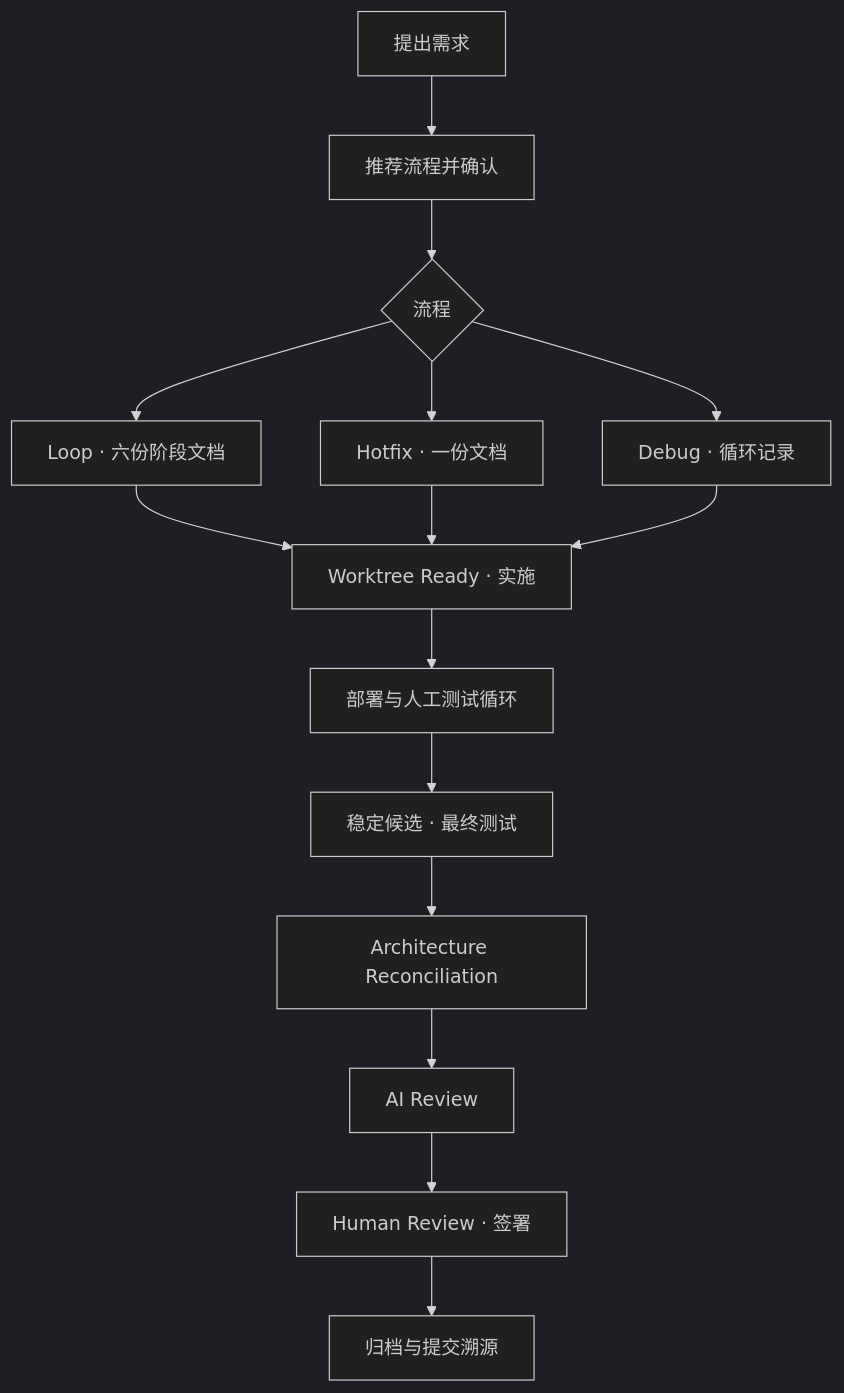
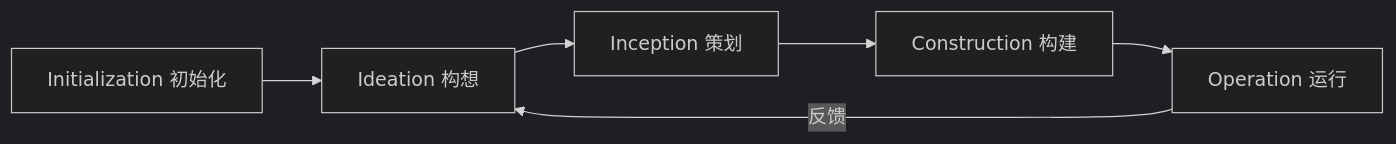
The diagram in README_zh.md (Roger0808/sdd-loop), drawn with Mermaid (dark theme) before and after one commit. The commit also changed other lines of this file and 2 other files, not shown here.

````diff
--- a/README_zh.md
+++ b/README_zh.md
@@ -21,17 +13,8 @@
 ```mermaid
-flowchart TD
-    A[提出需求] --> B[推荐流程并确认]
-    B --> C{流程}
-    C --> L[Loop · 六份阶段文档]
-    C --> HF[Hotfix · 一份文档]
-    C --> T[Debug · 循环记录]
-    L --> D[Worktree Ready · 实施]
-    HF --> D
-    T --> D
-    D --> E[部署与人工测试循环]
-    E --> F[稳定候选 · 最终测试]
-    F --> G[Architecture Reconciliation]
-    G --> REV[AI Review]
-    REV --> I[Human Review · 签署]
-    I --> J[归档与提交溯源]
+flowchart LR
+    A[Initialization 初始化] --> B[Ideation 构想]
+    B --> C[Inception 策划]
+    C --> D[Construction 构建]
+    D --> E[Operation 运行]
+    E -->|反馈| B
 ```
````
